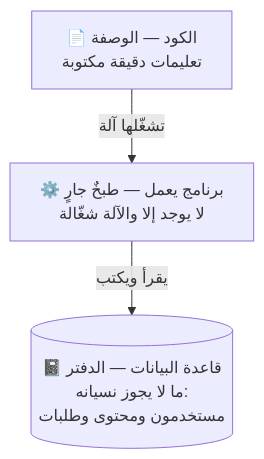
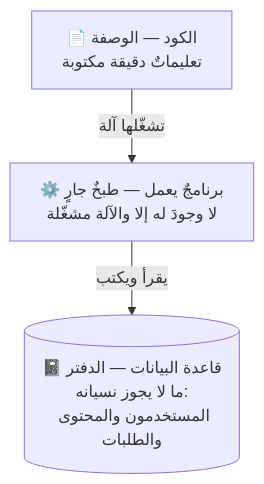
One commit to Tamoura/system-design-for-vibe-coders changed the third of 7 diagrams in modules/00-foundations/foundations.ar.md. Above: the diagram before and after it, drawn with Mermaid. The commit also changed other lines of this file and 1 other file, not shown here.

Commit message:
Rewrite Part 0 & Module 0 Arabic in natural flowing register

````diff
--- a/modules/00-foundations/foundations.ar.md
+++ b/modules/00-foundations/foundations.ar.md
@@ -101,5 +101,5 @@
 ```mermaid
 flowchart TD
-    CODE["📄 الكود — الوصفة<br/>تعليمات دقيقة مكتوبة"] -->|"تشغّلها آلة"| PROC["⚙️ برنامج يعمل — طبخٌ جارٍ<br/>لا يوجد إلا والآلة شغّالة"]
-    PROC -->|"يقرأ ويكتب"| DB[("📓 قاعدة البيانات — الدفتر<br/>ما لا يجوز نسيانه:<br/>مستخدمون ومحتوى وطلبات")]
+    CODE["📄 الكود — الوصفة<br/>تعليماتٌ دقيقة مكتوبة"] -->|"تشغّلها آلة"| PROC["⚙️ برنامجٌ يعمل — طبخٌ جارٍ<br/>لا وجودَ له إلا والآلة مشغّلة"]
+    PROC -->|"يقرأ ويكتب"| DB[("📓 قاعدة البيانات — الدفتر<br/>ما لا يجوز نسيانه:<br/>المستخدمون والمحتوى والطلبات")]
 ```
````
